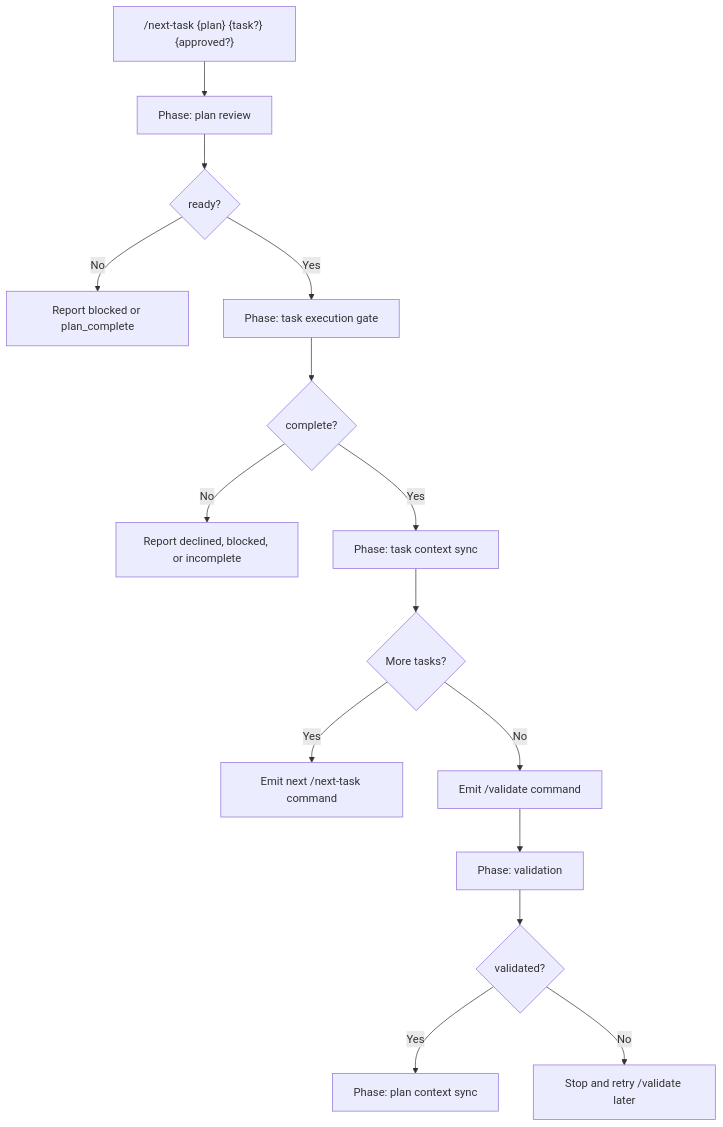
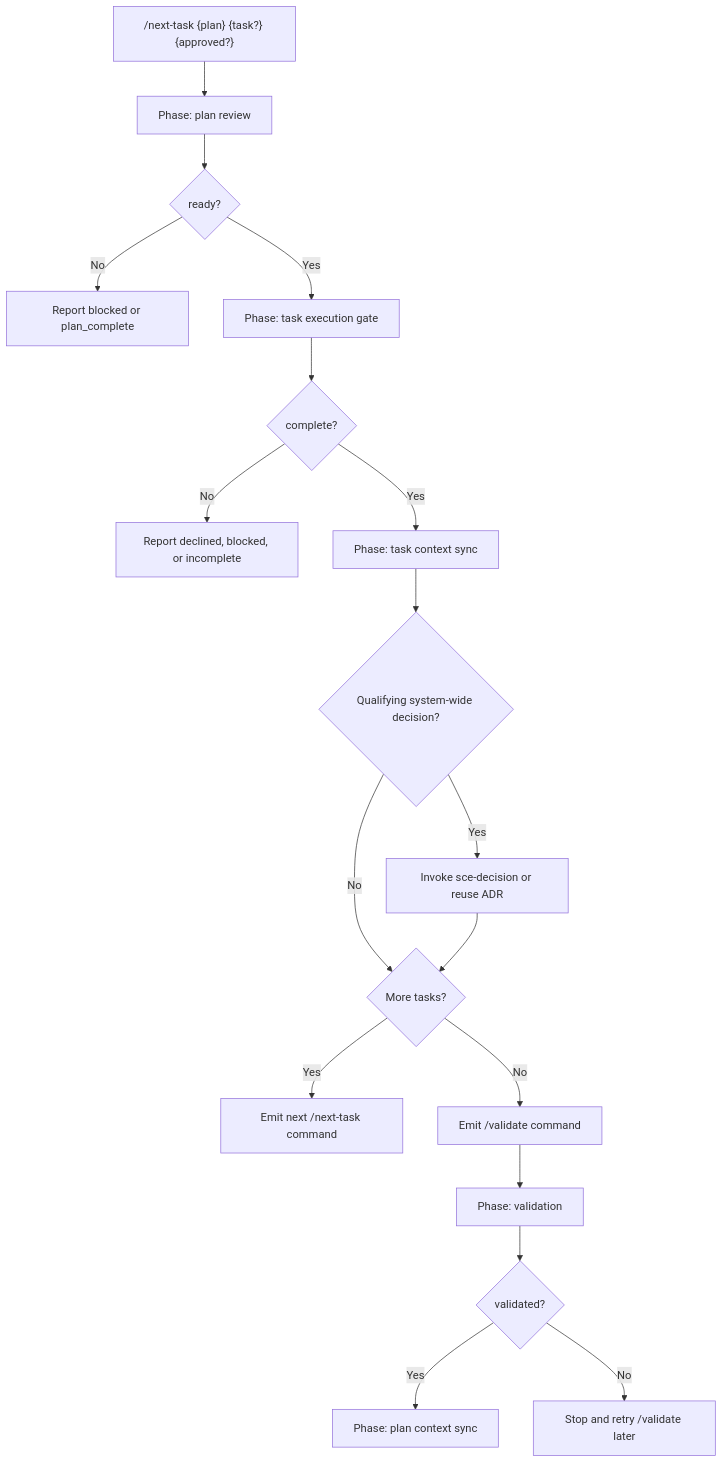
Before and after one commit to crocoder-dev/shared-context-engineering: the diagram in context/sce/shared-context-code-workflow.md, drawn with Mermaid. The commit also changed other lines of this file and 45 other files, not shown here.

````diff
--- a/context/sce/shared-context-code-workflow.md
+++ b/context/sce/shared-context-code-workflow.md
@@ -55,17 +60,20 @@
 ```mermaid
 flowchart TD
     A["/next-task {plan} {task?} {approved?}"] --> B["Phase: plan review"]
     B --> C{"ready?"}
     C -- "No" --> D["Report blocked or plan_complete"]
     C -- "Yes" --> E["Phase: task execution gate"]
     E --> F{"complete?"}
     F -- "No" --> G["Report declined, blocked, or incomplete"]
     F -- "Yes" --> H["Phase: task context sync"]
-    H --> I{"More tasks?"}
+    H --> Q{"Qualifying system-wide decision?"}
+    Q -- "Yes" --> R["Invoke sce-decision or reuse ADR"]
+    Q -- "No" --> I{"More tasks?"}
+    R --> I
     I -- "Yes" --> J["Emit next /next-task command"]
     I -- "No" --> K["Emit /validate command"]
     K --> L["Phase: validation"]
     L --> M{"validated?"}
     M -- "Yes" --> N["Phase: plan context sync"]
     M -- "No" --> O["Stop and retry /validate later"]
 ```
````
